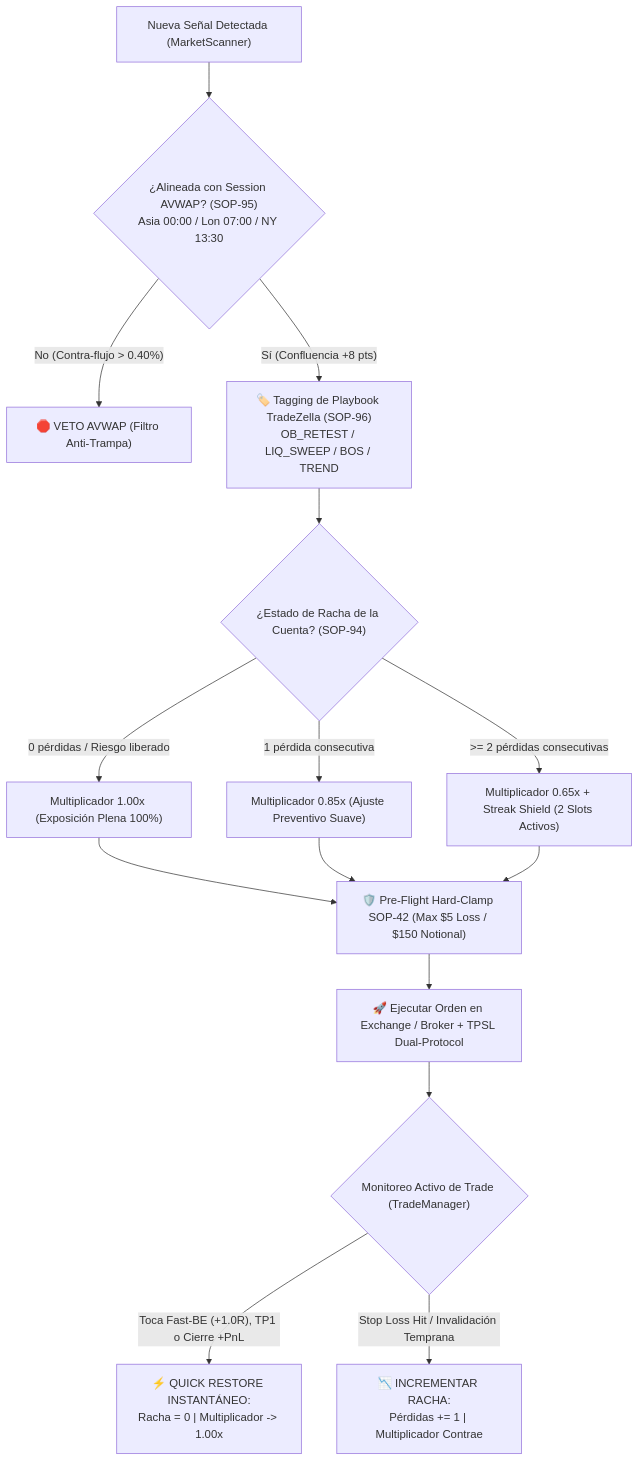
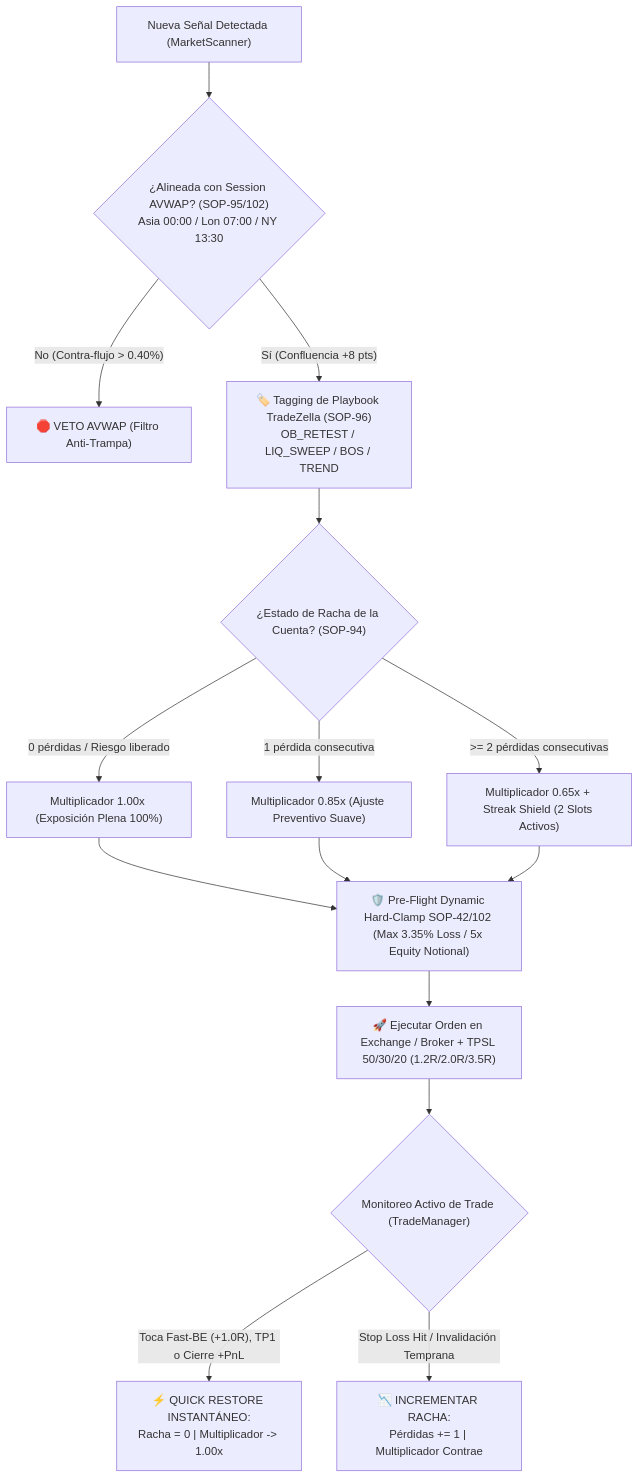
The diagram in docs/SLINGSHOT_BIBLE_V60.md (matiquelmec/Slingshot), drawn with Mermaid before and after one commit. The commit also changed other lines of this file and 9 other files, not shown here.

````diff
--- a/docs/SLINGSHOT_BIBLE_V60.md
+++ b/docs/SLINGSHOT_BIBLE_V60.md
@@ -10,24 +10,24 @@
 ```mermaid
 flowchart TD
-    SIG["Nueva Señal Detectada (MarketScanner)"] --> Q_AVWAP{"¿Alineada con Session AVWAP? (SOP-95)<br/>Asia 00:00 / Lon 07:00 / NY 13:30"}
+    SIG["Nueva Señal Detectada (MarketScanner)"] --> Q_AVWAP{"¿Alineada con Session AVWAP? (SOP-95/102)<br/>Asia 00:00 / Lon 07:00 / NY 13:30"}
     
     Q_AVWAP -- "No (Contra-flujo > 0.40%)" --> V_AVWAP["🛑 VETO AVWAP (Filtro Anti-Trampa)"]
     Q_AVWAP -- "Sí (Confluencia +8 pts)" --> TAG["🏷️ Tagging de Playbook TradeZella (SOP-96)<br/>OB_RETEST / LIQ_SWEEP / BOS / TREND"]
     
     TAG --> Q_STREAK{"¿Estado de Racha de la Cuenta? (SOP-94)"}
     
     Q_STREAK -- "0 pérdidas / Riesgo liberado" --> MULT_100["Multiplicador 1.00x (Exposición Plena 100%)"]
     Q_STREAK -- "1 pérdida consecutiva" --> MULT_75["Multiplicador 0.85x (Ajuste Preventivo Suave)"]
     Q_STREAK -- ">= 2 pérdidas consecutivas" --> MULT_50["Multiplicador 0.65x + Streak Shield (2 Slots Activos)"]
     
-    MULT_100 --> CLAMP["🛡️ Pre-Flight Hard-Clamp SOP-42 (Max $5 Loss / $150 Notional)"]
+    MULT_100 --> CLAMP["🛡️ Pre-Flight Dynamic Hard-Clamp SOP-42/102 (Max 3.35% Loss / 5x Equity Notional)"]
     MULT_75 --> CLAMP
     MULT_50 --> CLAMP
     
-    CLAMP --> EXE["🚀 Ejecutar Orden en Exchange / Broker + TPSL Dual-Protocol"]
+    CLAMP --> EXE["🚀 Ejecutar Orden en Exchange / Broker + TPSL 50/30/20 (1.2R/2.0R/3.5R)"]
     
     EXE --> LIFE{"Monitoreo Activo de Trade (TradeManager)"}
     
     LIFE -- "Toca Fast-BE (+1.0R), TP1 o Cierre +PnL" --> QR["⚡ QUICK RESTORE INSTANTÁNEO:<br/>Racha = 0 | Multiplicador -> 1.00x"]
     LIFE -- "Stop Loss Hit / Invalidación Temprana" --> SL_HIT["📉 INCREMENTAR RACHA:<br/>Pérdidas += 1 | Multiplicador Contrae"]
 ```
````
